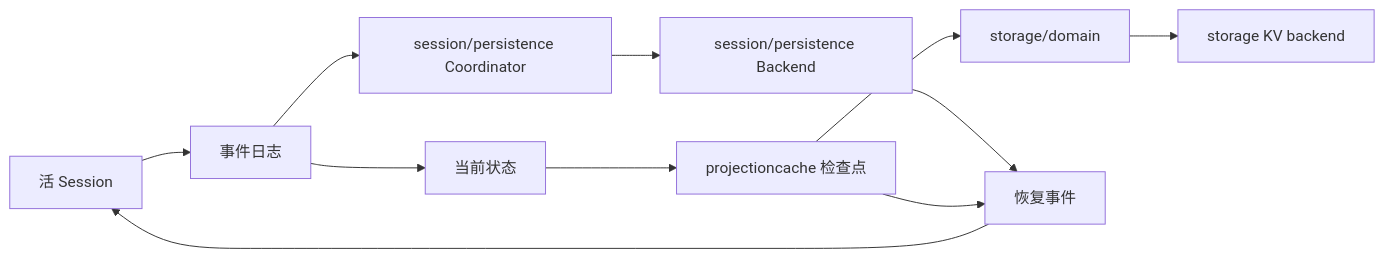
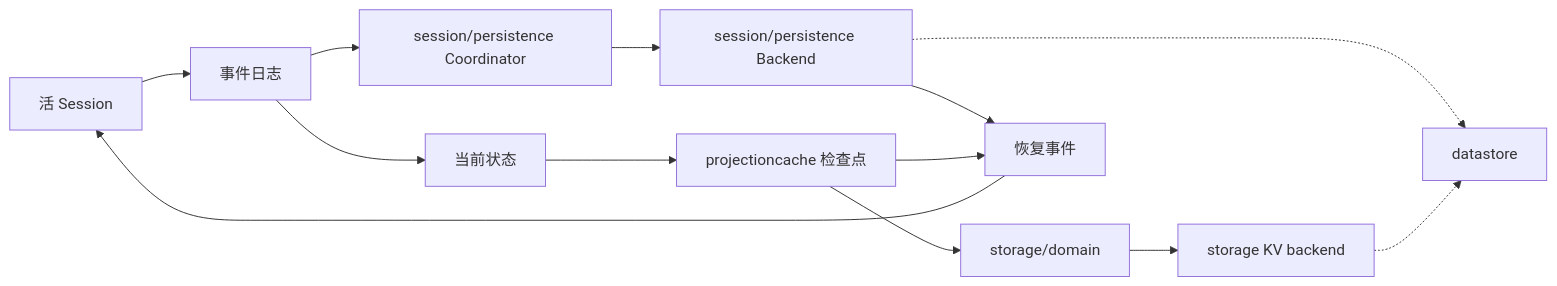
The third of 3 diagrams in docs/architecture.md (snight1983/ds-harness-go), drawn with Mermaid before and after one commit. The commit also changed other lines of this file and 135 other files, not shown here.

````diff
--- a/docs/architecture.md
+++ b/docs/architecture.md
@@ -147,15 +147,18 @@
 ```mermaid
 flowchart LR
     Live["活 Session"] --> Events["事件日志"]
     Events --> Coordinator["session/persistence Coordinator"]
     Coordinator --> SessionStore["session/persistence Backend"]
 
     Events --> Current["当前状态"]
     Current --> Cache["projectioncache 检查点"]
     Cache --> Domain["storage/domain"]
     Domain --> KVBackend["storage KV backend"]
 
     SessionStore --> Restore["恢复事件"]
     Cache --> Restore
     Restore --> Live
+
+    SessionStore -.-> DS["datastore"]
+    KVBackend -.-> DS
 ```
````
